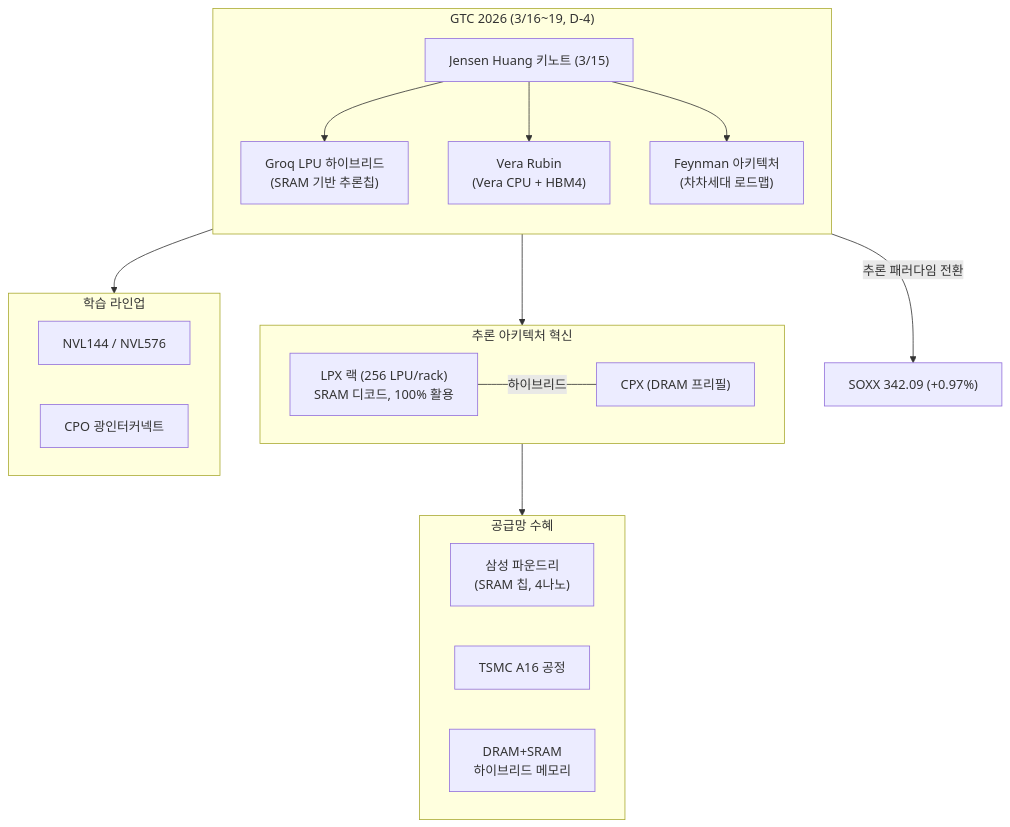
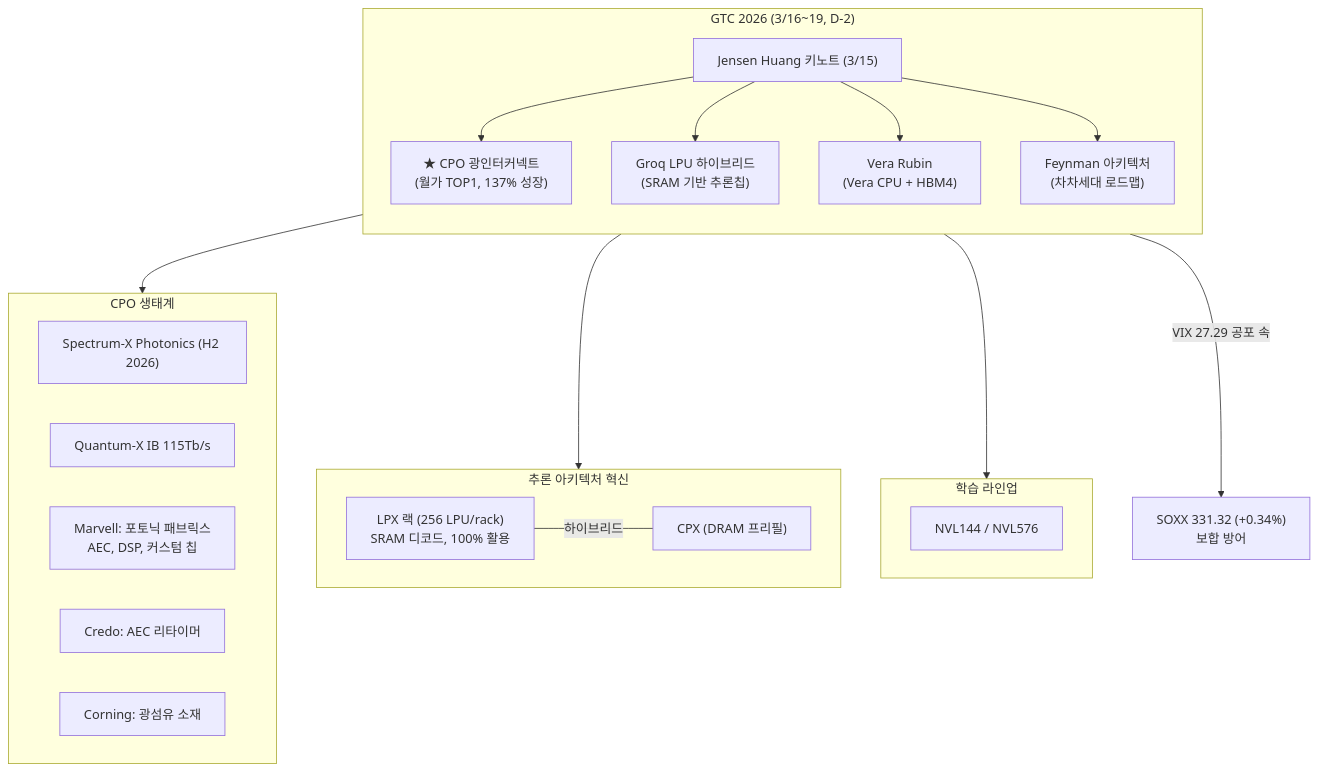
Before and after one commit to dss99911/dss99911.github.io: the first of 3 diagrams in _posts/knowledge/invest/2026-01-21-semiconductor-sector-outlook-2026.md, drawn with Mermaid. The commit also changed other lines of this file and 2 other files, not shown here.

Commit message:
투자 전망 3/14 업데이트: VIX 27 공포·사모신용 $3.5T·CPO 변곡점·옵티머스 AWE

````diff
--- a/_posts/knowledge/invest/2026-01-21-semiconductor-sector-outlook-2026.md
+++ b/_posts/knowledge/invest/2026-01-21-semiconductor-sector-outlook-2026.md
@@ -119,32 +121,34 @@
 ```mermaid
 graph TB
-    subgraph GTC2026["GTC 2026 (3/16~19, D-4)"]
+    subgraph GTC2026["GTC 2026 (3/16~19, D-2)"]
         direction TB
         K["Jensen Huang 키노트 (3/15)"]
+        K --> CPO2["★ CPO 광인터커넥트<br/>(월가 TOP1, 137% 성장)"]
         K --> G["Groq LPU 하이브리드<br/>(SRAM 기반 추론칩)"]
         K --> V["Vera Rubin<br/>(Vera CPU + HBM4)"]
         K --> F["Feynman 아키텍처<br/>(차차세대 로드맵)"]
+    end
+
+    subgraph CPO_ECO["CPO 생태계"]
+        SP["Spectrum-X Photonics (H2 2026)"]
+        QX["Quantum-X IB 115Tb/s"]
+        MV["Marvell: 포토닉 패브릭스<br/>AEC, DSP, 커스텀 칩"]
+        CR["Credo: AEC 리타이머"]
+        CO["Corning: 광섬유 소재"]
     end
 
     subgraph 추론혁신["추론 아키텍처 혁신"]
         LPX["LPX 랙 (256 LPU/rack)<br/>SRAM 디코드, 100% 활용"]
         CPX2["CPX (DRAM 프리필)"]
         LPX ---|"하이브리드"| CPX2
     end
 
     subgraph 제품["학습 라인업"]
         NVL["NVL144 / NVL576"]
-        CPO["CPO 광인터커넥트"]
     end
 
-    subgraph 수혜["공급망 수혜"]
-        SS["삼성 파운드리<br/>(SRAM 칩, 4나노)"]
-        TSMC2["TSMC A16 공정"]
-        MEM["DRAM+SRAM<br/>하이브리드 메모리"]
-    end
-
+    CPO2 --> CPO_ECO
     G --> 추론혁신
     V --> 제품
-    추론혁신 --> 수혜
-    GTC2026 -->|"추론 패러다임 전환"| SOXX["SOXX 342.09 (+0.97%)"]
+    GTC2026 -->|"VIX 27.29 공포 속"| SOXX["SOXX 331.32 (+0.34%)<br/>보합 방어"]
 ```
````
